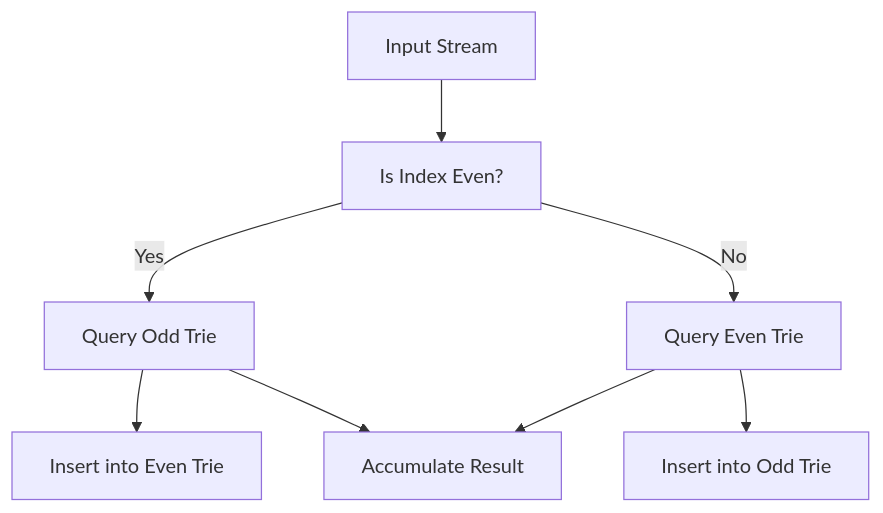
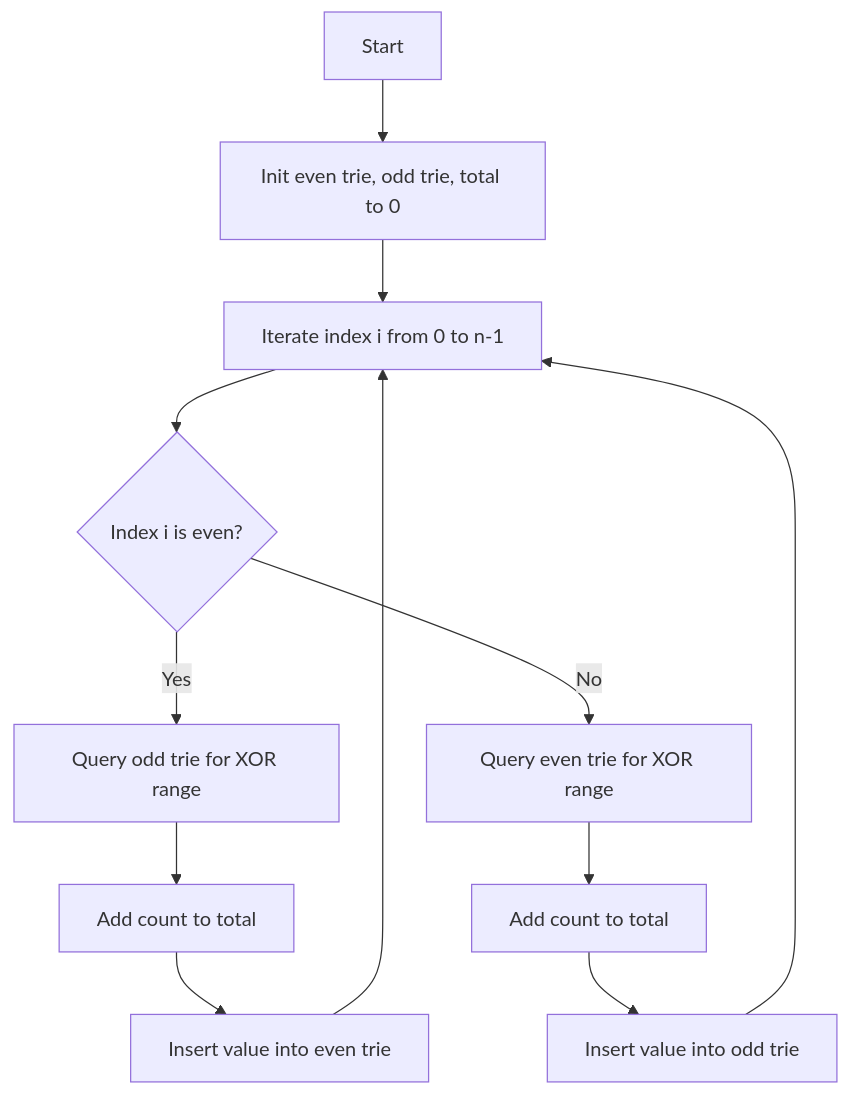
The diagram in dsa-problems/Bitwise/editorials/BIT-004-pairwise-xor-band-index-parity.md (GundalaNikhil/DSA), drawn with Mermaid before and after one commit. The commit also changed other lines of this file and 429 other files, not shown here.

````diff
--- a/dsa-problems/Bitwise/editorials/BIT-004-pairwise-xor-band-index-parity.md
+++ b/dsa-problems/Bitwise/editorials/BIT-004-pairwise-xor-band-index-parity.md
@@ -70,10 +72,14 @@
 ```mermaid
-graph TD
-    Start[Input Stream] --> CheckW[Is Index Even?]
-    CheckW -- Yes --> QueryOdd[Query Odd Trie]
-    QueryOdd --> InsertEven[Insert into Even Trie]
-    CheckW -- No --> QueryEven[Query Even Trie]
-    QueryEven --> InsertOdd[Insert into Odd Trie]
-    QueryOdd --> Acc[Accumulate Result]
-    QueryEven --> Acc
+flowchart TD
+    A[Start] --> B[Init even trie, odd trie, total to 0]
+    B --> C[Iterate index i from 0 to n-1]
+    C --> D{Index i is even?}
+    D -- Yes --> E[Query odd trie for XOR range]
+    E --> F[Add count to total]
+    F --> G[Insert value into even trie]
+    D -- No --> H[Query even trie for XOR range]
+    H --> I[Add count to total]
+    I --> J[Insert value into odd trie]
+    G --> C
+    J --> C
 ```
````
